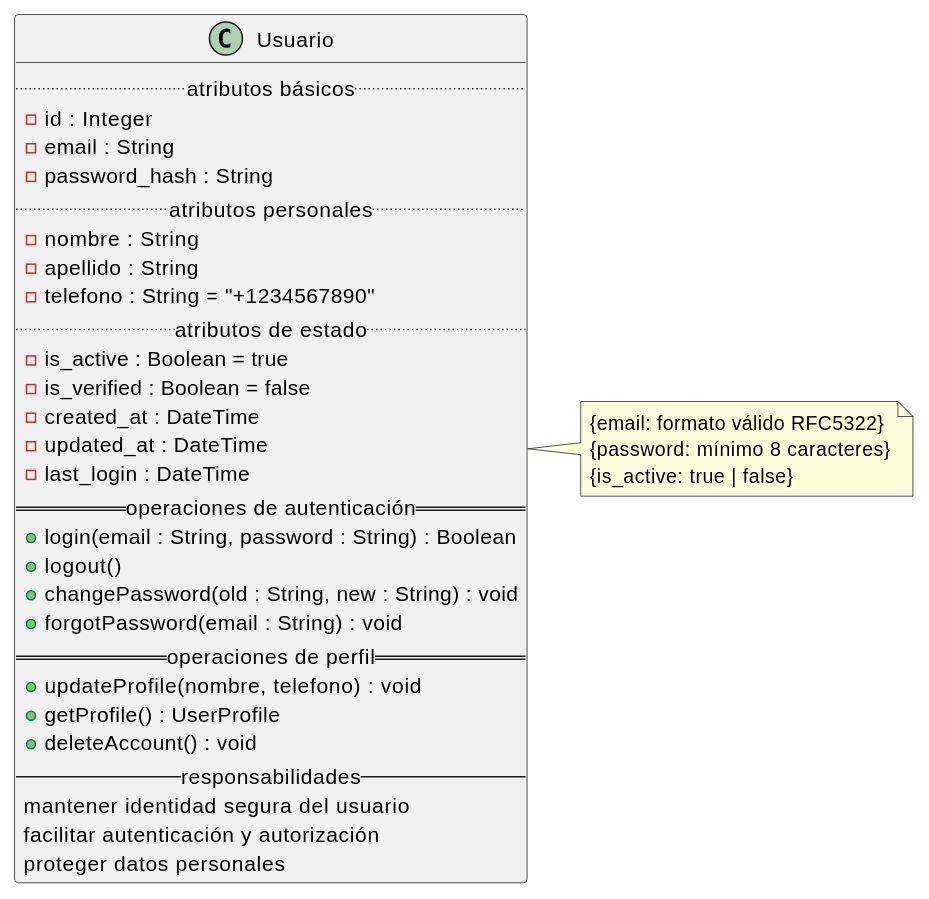
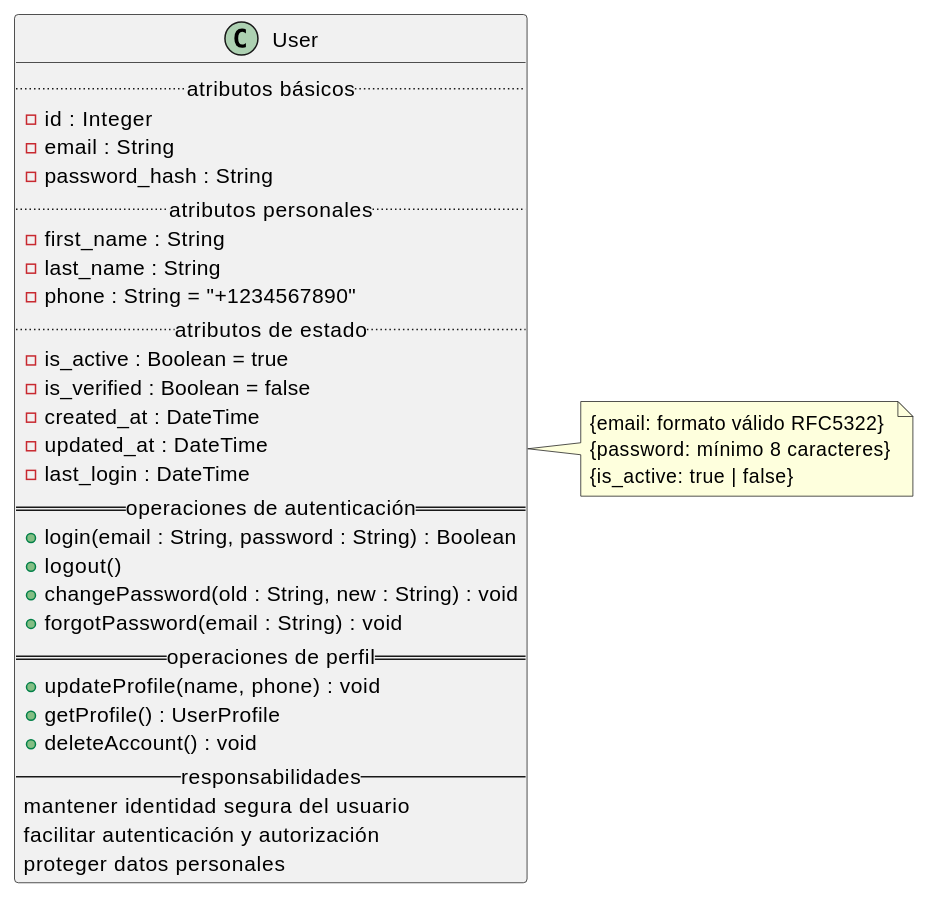
One commit to jcg-admin/IACT-docs changed the second of 7 diagrams in source/normativa/estandares/metodologia-analisis-dominio-ucs.rst. Above: the diagram before and after it, drawn with PlantUML. The commit also changed other lines of this file, not shown here.

```diff
--- a/source/normativa/estandares/metodologia-analisis-dominio-ucs.rst
+++ b/source/normativa/estandares/metodologia-analisis-dominio-ucs.rst
@@ -324,39 +324,39 @@
 .. uml::
 
    @startuml
 
-   class Usuario {
+   class User {
      .. atributos básicos ..
      - id : Integer
      - email : String
      - password_hash : String
      .. atributos personales ..
-     - nombre : String
-     - apellido : String
-     - telefono : String = "+1234567890"
+     - first_name : String
+     - last_name : String
+     - phone : String = "+1234567890"
      .. atributos de estado ..
      - is_active : Boolean = true
      - is_verified : Boolean = false
      - created_at : DateTime
      - updated_at : DateTime
      - last_login : DateTime
      == operaciones de autenticación ==
      + login(email : String, password : String) : Boolean
      + logout()
      + changePassword(old : String, new : String) : void
      + forgotPassword(email : String) : void
      == operaciones de perfil ==
-     + updateProfile(nombre, telefono) : void
+     + updateProfile(name, phone) : void
      + getProfile() : UserProfile
      + deleteAccount() : void
      -- responsabilidades --
      mantener identidad segura del usuario
      facilitar autenticación y autorización
      proteger datos personales
    }
-   note right of Usuario
+   note right of User
      {email: formato válido RFC5322}
      {password: mínimo 8 caracteres}
      {is_active: true | false}
    end note
    @enduml
```
